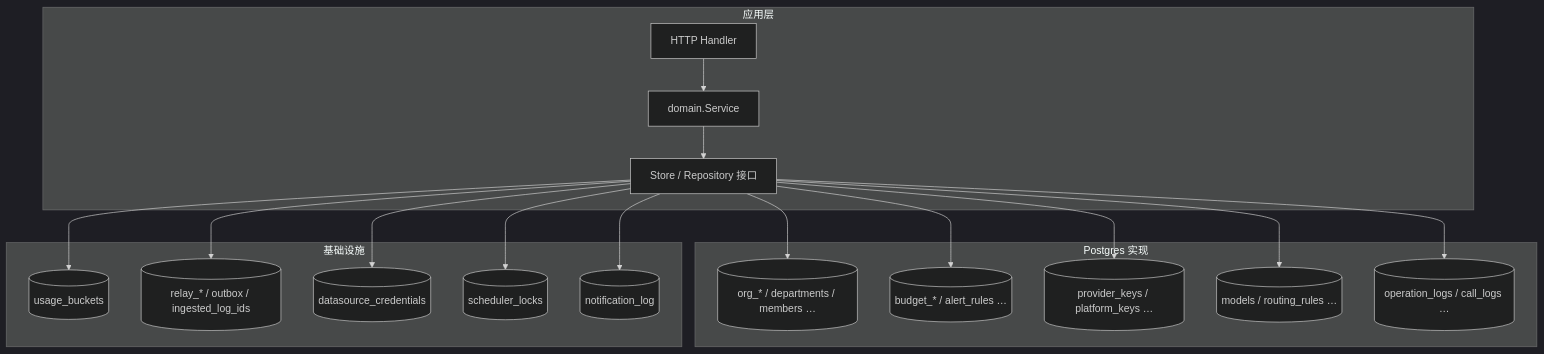
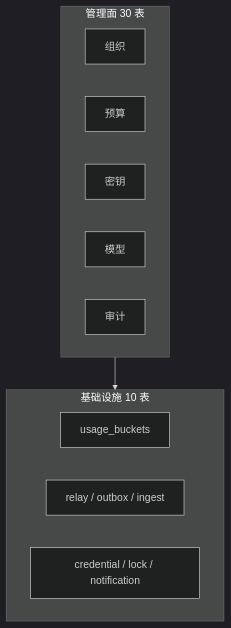
The first of 8 diagrams in docs/Backend-存储架构.md (quyip8818/mytokenjoy), drawn with Mermaid (dark theme) before and after one commit. The commit also changed other lines of this file and 7 other files, not shown here.

````diff
--- a/docs/Backend-存储架构.md
+++ b/docs/Backend-存储架构.md
@@ -17,28 +20,18 @@
 ```mermaid
 flowchart TB
-  subgraph apiLayer [应用层]
-    H[HTTP Handler]
-    SVC[domain.Service]
-    REPO[Store / Repository 接口]
+  subgraph mgmt [管理面 30 表]
+    ORG[组织]
+    BUD[预算]
+    KEY[密钥]
+    MOD[模型]
+    AUD[审计]
   end
 
-  subgraph pgLayer [Postgres 实现]
-    ORG[(org_* / departments / members …)]
-    BUD[(budget_* / alert_rules …)]
-    KEY[(provider_keys / platform_keys …)]
-    MOD[(models / routing_rules …)]
-    AUD[(operation_logs / call_logs …)]
+  subgraph infra [基础设施 10 表]
+    USG[usage_buckets]
+    RLY[relay / outbox / ingest]
+    OPS[credential / lock / notification]
   end
 
-  subgraph infraLayer [基础设施]
-    UB[(usage_buckets)]
-    RELAY[(relay_* / outbox / ingested_log_ids)]
-    CRED[(datasource_credentials)]
-    LOCK[(scheduler_locks)]
-    NL[(notification_log)]
-  end
-
-  H --> SVC --> REPO
-  REPO --> ORG & BUD & KEY & MOD & AUD
-  REPO --> UB & RELAY & CRED & LOCK & NL
+  mgmt --> infra
 ```
````
